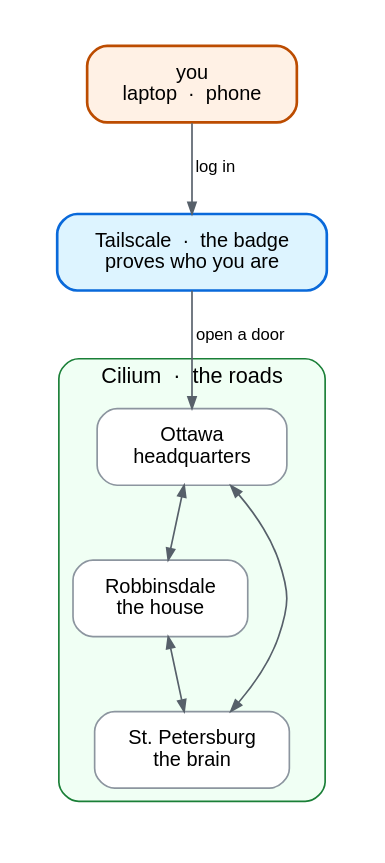
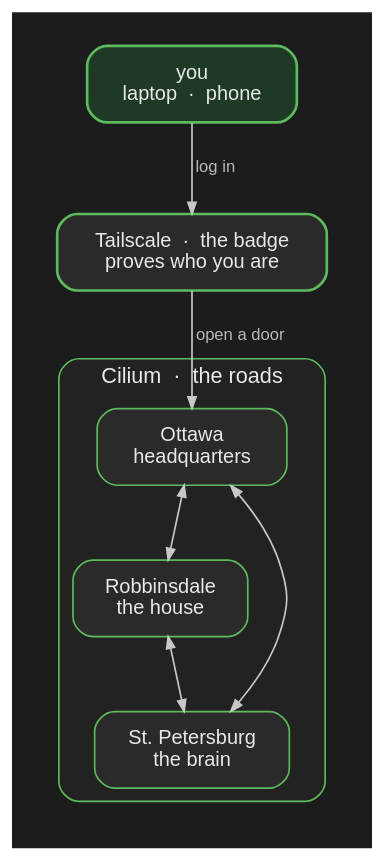
One commit to rajsinghtech/portfolio changed the diagram in content/post/self-hosting-an-ai-cdn/roads-and-badges.dot. Above: the diagram before and after it, drawn with Graphviz. The commit also changed 29 other files, not shown here.

First line of the commit message:
Dark-mode diagrams, city map cover, plus CNPG and Kopiur

```diff
--- a/content/post/self-hosting-an-ai-cdn/roads-and-badges.dot
+++ b/content/post/self-hosting-an-ai-cdn/roads-and-badges.dot
@@ -1,32 +1,33 @@
 digraph roads {
   graph [
-    rankdir=TB, splines=spline, bgcolor="#ffffff",
-    fontname="Helvetica", fontsize=12, pad=0.28, nodesep=0.5, ranksep=0.6
+    rankdir=TB, splines=spline, bgcolor="#1c1c1c",
+    fontname="Helvetica", fontsize=12, pad=0.28, nodesep=0.5, ranksep=0.6,
+    fontcolor="#e8e8e8"
   ];
   node [fontname="Helvetica", fontsize=12, shape=box, style="filled,rounded",
-        fillcolor="#ffffff", color="#8c959f", margin="0.22,0.14"];
-  edge [fontname="Helvetica", fontsize=10, color="#57606a", arrowsize=0.7];
+        fillcolor="#2a2a2a", color="#5dba5d", fontcolor="#e8e8e8", margin="0.22,0.14"];
+  edge [fontname="Helvetica", fontsize=10, color="#c8c8c8", fontcolor="#b8b8b8", arrowsize=0.7];
 
   you [
     label="you\nlaptop  ·  phone",
-    fillcolor="#fff1e5", color="#bc4c00", penwidth=1.6
+    fillcolor="#1e3a24", color="#5dba5d", penwidth=1.6
   ];
   ts [
     label="Tailscale  ·  the badge\nproves who you are",
-    fillcolor="#ddf4ff", color="#0969da", penwidth=1.6
+    fillcolor="#2a2a2a", color="#5dba5d", penwidth=1.6
   ];
 
   subgraph cluster_roads {
     label="Cilium  ·  the roads";
-    style="rounded,filled"; fillcolor="#f0fff4"; color="#1a7f37"; fontsize=13;
+    style="rounded,filled"; fillcolor="#222222"; color="#5dba5d"; fontsize=13; fontcolor="#e8e8e8";
     ot [label="Ottawa\nheadquarters"];
     rb [label="Robbinsdale\nthe house"];
     sp [label="St. Petersburg\nthe brain"];
     ot -> rb [dir=both];
     ot -> sp [dir=both];
     rb -> sp [dir=both];
   }
 
   you -> ts [label="log in"];
   ts -> ot [label="open a door"];
 }
```
